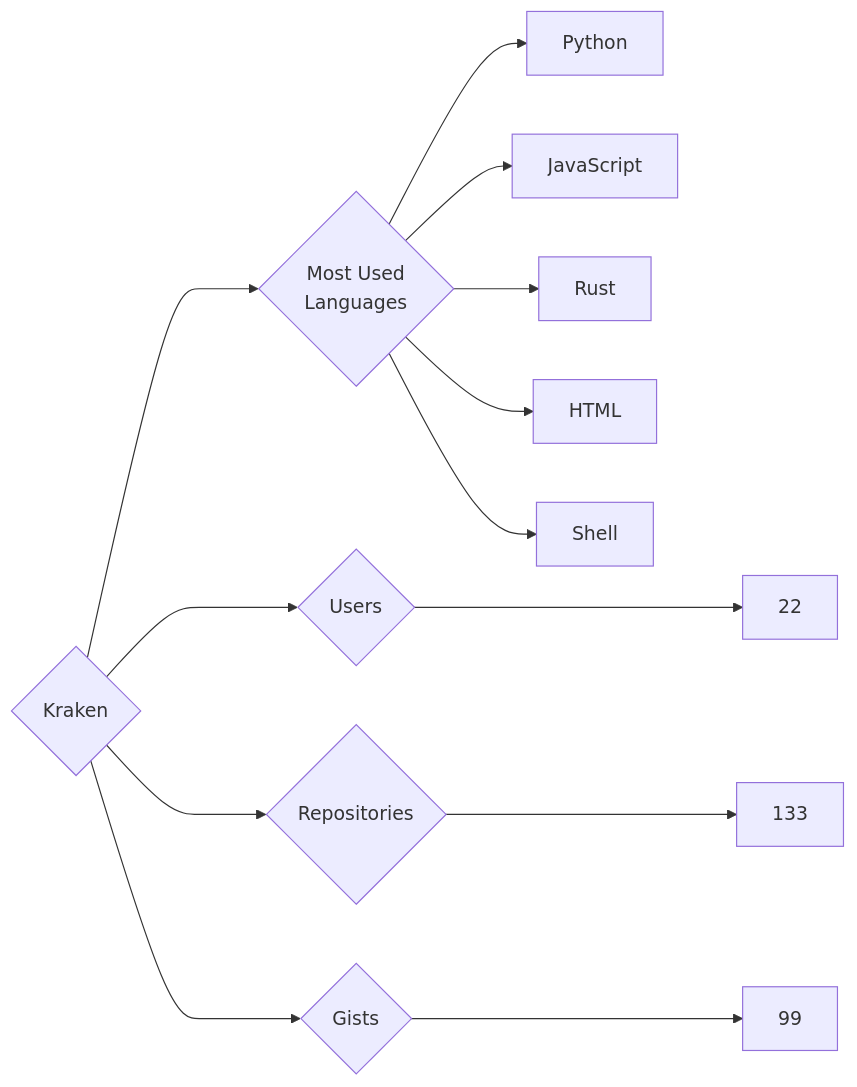
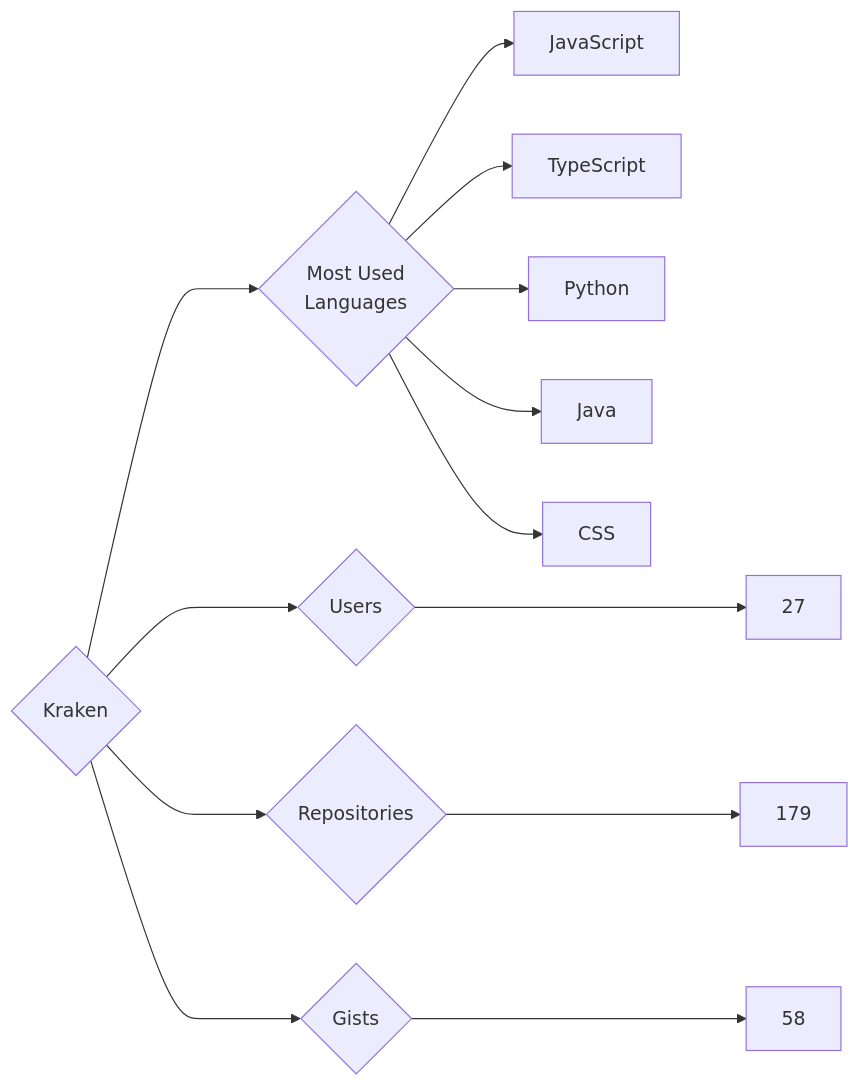
One commit to trickest/insiders changed the diagram in targets/Kraken/README.md. Above: the diagram before and after it, drawn with Mermaid. The commit also changed 777 other files, not shown here.

````diff
--- a/targets/Kraken/README.md
+++ b/targets/Kraken/README.md
@@ -3,13 +3,13 @@
 ```mermaid
 graph LR
 COMPANY_NAME{Kraken}
-COMPANY_NAME ---> U{Users} ---> UN[22]
-COMPANY_NAME ---> R{Repositories} ---> RN[133]
-COMPANY_NAME ---> G{Gists} ---> GN[99]
+COMPANY_NAME ---> U{Users} ---> UN[27]
+COMPANY_NAME ---> R{Repositories} ---> RN[179]
+COMPANY_NAME ---> G{Gists} ---> GN[58]
 COMPANY_NAME ---> ML{Most Used<br>Languages}
+ML --> JavaScript[JavaScript]
+ML --> TypeScript[TypeScript]
 ML --> Python[Python]
-ML --> JavaScript[JavaScript]
-ML --> Rust[Rust]
-ML --> HTML[HTML]
-ML --> Shell[Shell]
+ML --> Java[Java]
+ML --> CSS[CSS]
 ```
````
